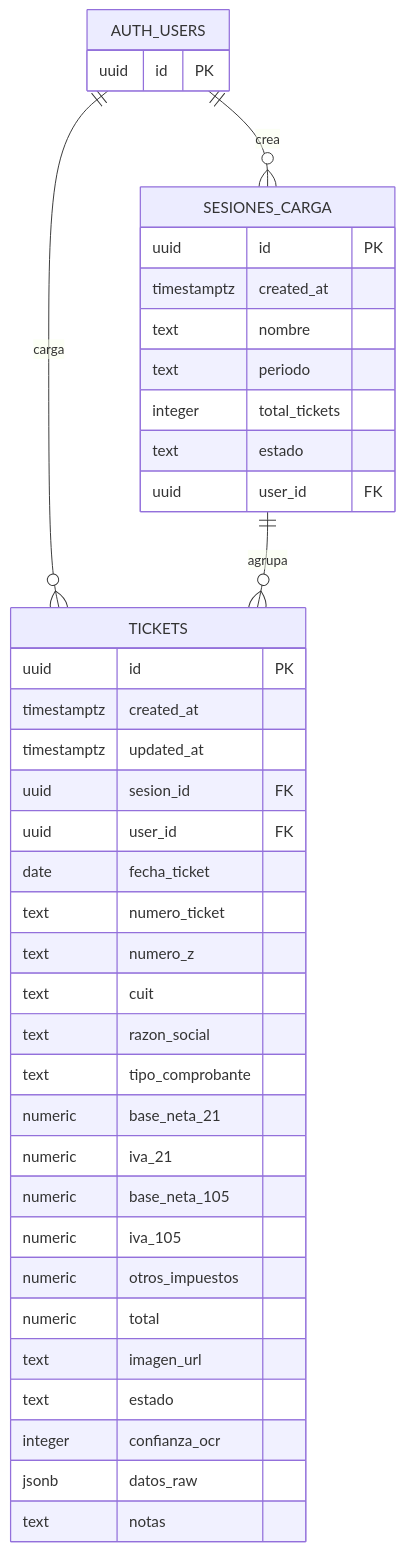
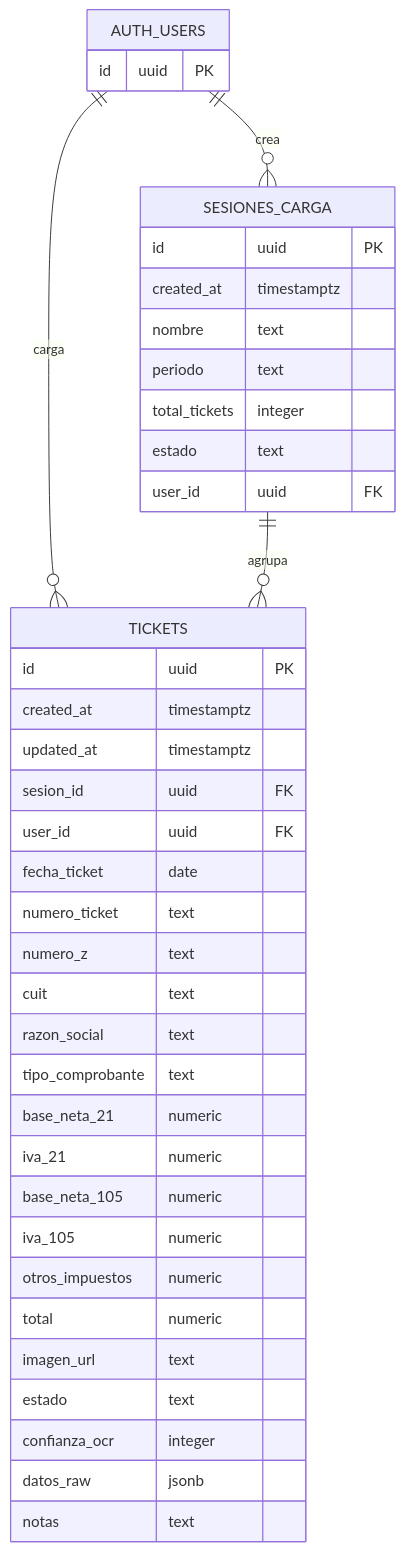
One commit to xxxlorenzoxxx/Tickets_z changed the diagram in README.md. Above: the diagram before and after it, drawn with Mermaid. The commit also changed other lines of this file and 4 other files, not shown here.

````diff
--- a/README.md
+++ b/README.md
@@ -41,45 +45,45 @@
 ```mermaid
 erDiagram
   AUTH_USERS ||--o{ SESIONES_CARGA : crea
   AUTH_USERS ||--o{ TICKETS : carga
   SESIONES_CARGA ||--o{ TICKETS : agrupa
 
   AUTH_USERS {
-    uuid id PK
+    id uuid PK
   }
 
   SESIONES_CARGA {
-    uuid id PK
-    timestamptz created_at
-    text nombre
-    text periodo
-    integer total_tickets
-    text estado
-    uuid user_id FK
+    id uuid PK
+    created_at timestamptz
+    nombre text
+    periodo text
+    total_tickets integer
+    estado text
+    user_id uuid FK
   }
 
   TICKETS {
-    uuid id PK
-    timestamptz created_at
-    timestamptz updated_at
-    uuid sesion_id FK
-    uuid user_id FK
-    date fecha_ticket
-    text numero_ticket
-    text numero_z
-    text cuit
-    text razon_social
-    text tipo_comprobante
-    numeric base_neta_21
-    numeric iva_21
-    numeric base_neta_105
-    numeric iva_105
-    numeric otros_impuestos
-    numeric total
-    text imagen_url
-    text estado
-    integer confianza_ocr
-    jsonb datos_raw
-    text notas
+    id uuid PK
+    created_at timestamptz
+    updated_at timestamptz
+    sesion_id uuid FK
+    user_id uuid FK
+    fecha_ticket date
+    numero_ticket text
+    numero_z text
+    cuit text
+    razon_social text
+    tipo_comprobante text
+    base_neta_21 numeric
+    iva_21 numeric
+    base_neta_105 numeric
+    iva_105 numeric
+    otros_impuestos numeric
+    total numeric
+    imagen_url text
+    estado text
+    confianza_ocr integer
+    datos_raw jsonb
+    notas text
   }
 ```
````
